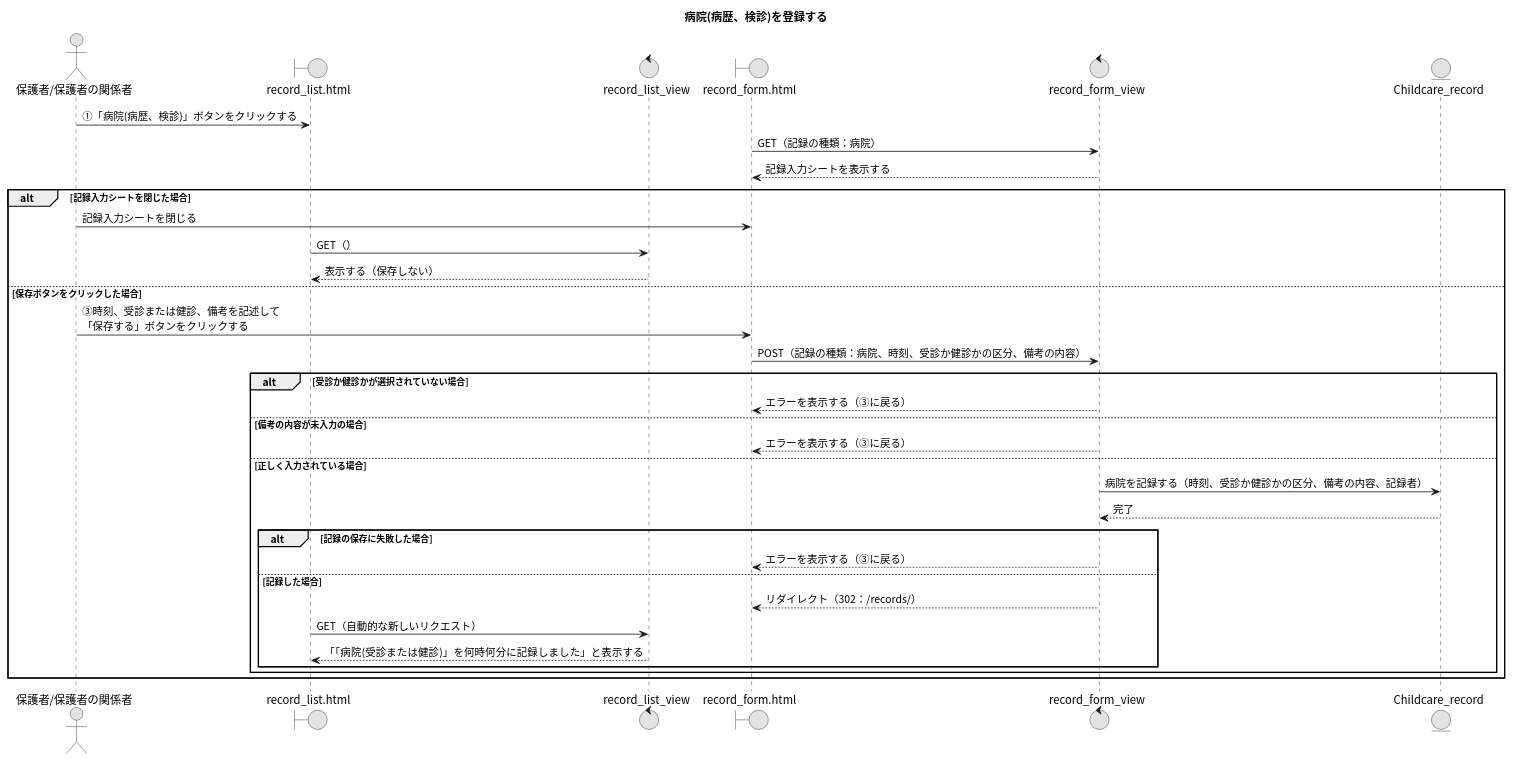
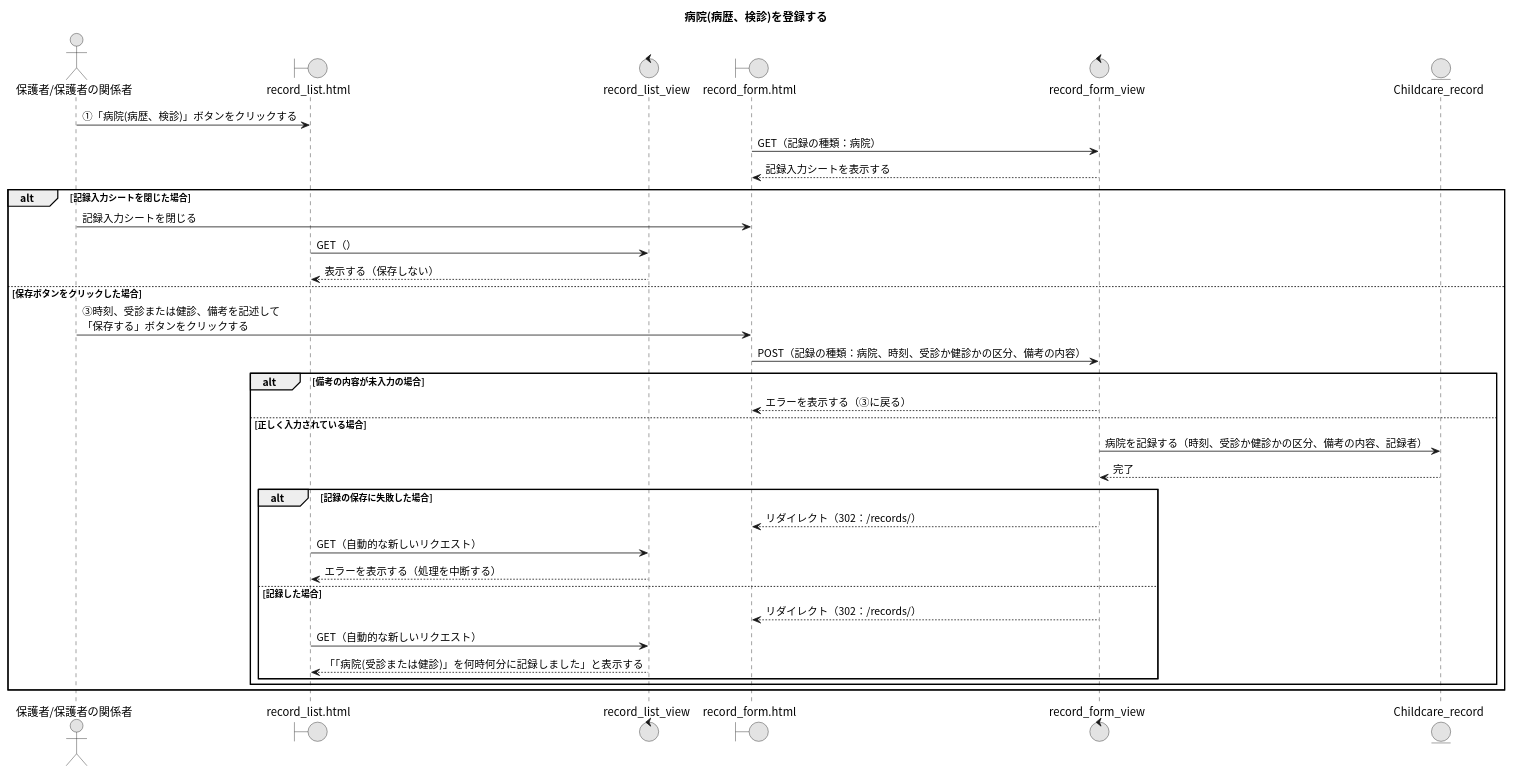
One commit to Ma2naga190330/26_sotugyou_puml changed the diagram in 29_病院(病歴、検診)を登録する.puml. Above: the diagram before and after it, drawn with PlantUML. The commit also changed 13 other files, not shown here.

```diff
--- a/29_病院(病歴、検診)を登録する.puml
+++ b/29_病院(病歴、検診)を登録する.puml
@@ -1,40 +1,40 @@
 @startuml
 title 病院(病歴、検診)を登録する
 skinparam defaultFontName "Noto Sans CJK JP"
 skinparam monochrome true
 
 actor "保護者/保護者の関係者" as A
 boundary "record_list.html" as RLP
 control "record_list_view" as RLV
 boundary "record_form.html" as RFP
 control "record_form_view" as RFV
 entity "Childcare_record" as CRM
 
 A -> RLP : ①「病院(病歴、検診)」ボタンをクリックする
 RFP -> RFV : GET（記録の種類：病院）
 RFV --> RFP : 記録入力シートを表示する
 
 alt 記録入力シートを閉じた場合
   A -> RFP : 記録入力シートを閉じる
   RLP -> RLV : GET（）
   RLV --> RLP : 表示する（保存しない）
 else 保存ボタンをクリックした場合
   A -> RFP : ③時刻、受診または健診、備考を記述して\n「保存する」ボタンをクリックする
   RFP -> RFV : POST（記録の種類：病院、時刻、受診か健診かの区分、備考の内容）
-  alt 受診か健診かが選択されていない場合
-    RFV --> RFP : エラーを表示する（③に戻る）
-  else 備考の内容が未入力の場合
+  alt 備考の内容が未入力の場合
     RFV --> RFP : エラーを表示する（③に戻る）
   else 正しく入力されている場合
     RFV -> CRM : 病院を記録する（時刻、受診か健診かの区分、備考の内容、記録者）
     RFV <-- CRM : 完了
     alt 記録の保存に失敗した場合
-      RFV --> RFP : エラーを表示する（③に戻る）
+      RFV --> RFP : リダイレクト（302：/records/）
+      RLP -> RLV : GET（自動的な新しいリクエスト）
+      RLV --> RLP : エラーを表示する（処理を中断する）
     else 記録した場合
       RFV --> RFP : リダイレクト（302：/records/）
       RLP -> RLV : GET（自動的な新しいリクエスト）
       RLV --> RLP : 「「病院(受診または健診)」を何時何分に記録しました」と表示する
     end
   end
 end
 @enduml
```
